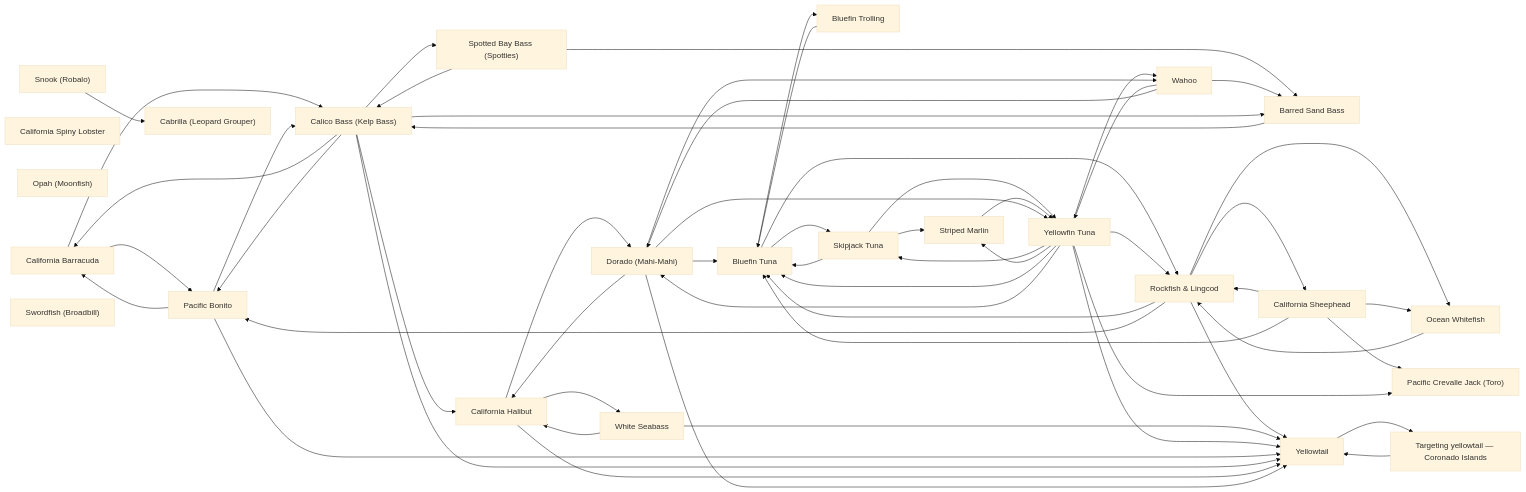
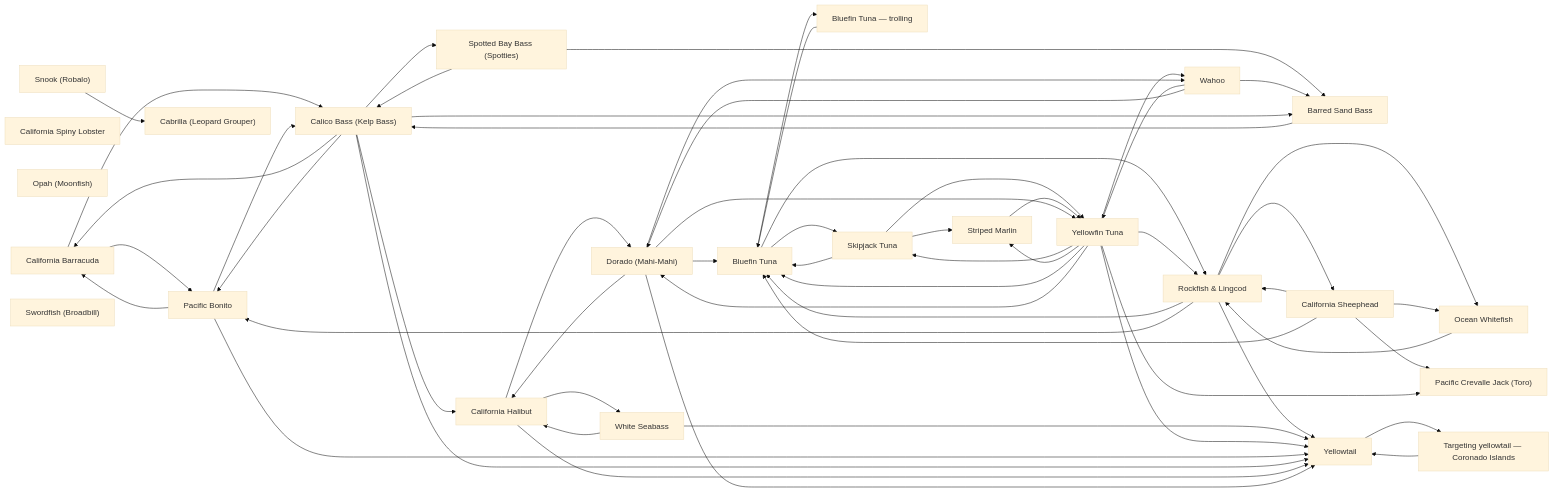
The diagram in species/README.md (camchuckpete-max/Socal-Fishing-Knowledge), drawn with Mermaid (base theme) before and after one commit. The commit also changed other lines of this file and 42 other files, not shown here.

First line of the commit message:
Exemplar 1: bluefin-trolling becomes species/bluefin-tuna-trolling.md

````diff
--- a/species/README.md
+++ b/species/README.md
@@ -41,7 +41,7 @@
 ```mermaid
 graph LR
   n0["California Barracuda"]
-  n1["Bluefin Trolling"]
+  n1["Bluefin Tuna — trolling"]
   n2["Bluefin Tuna"]
   n3["Pacific Bonito"]
   n4["Cabrilla (Leopard Grouper)"]
````
